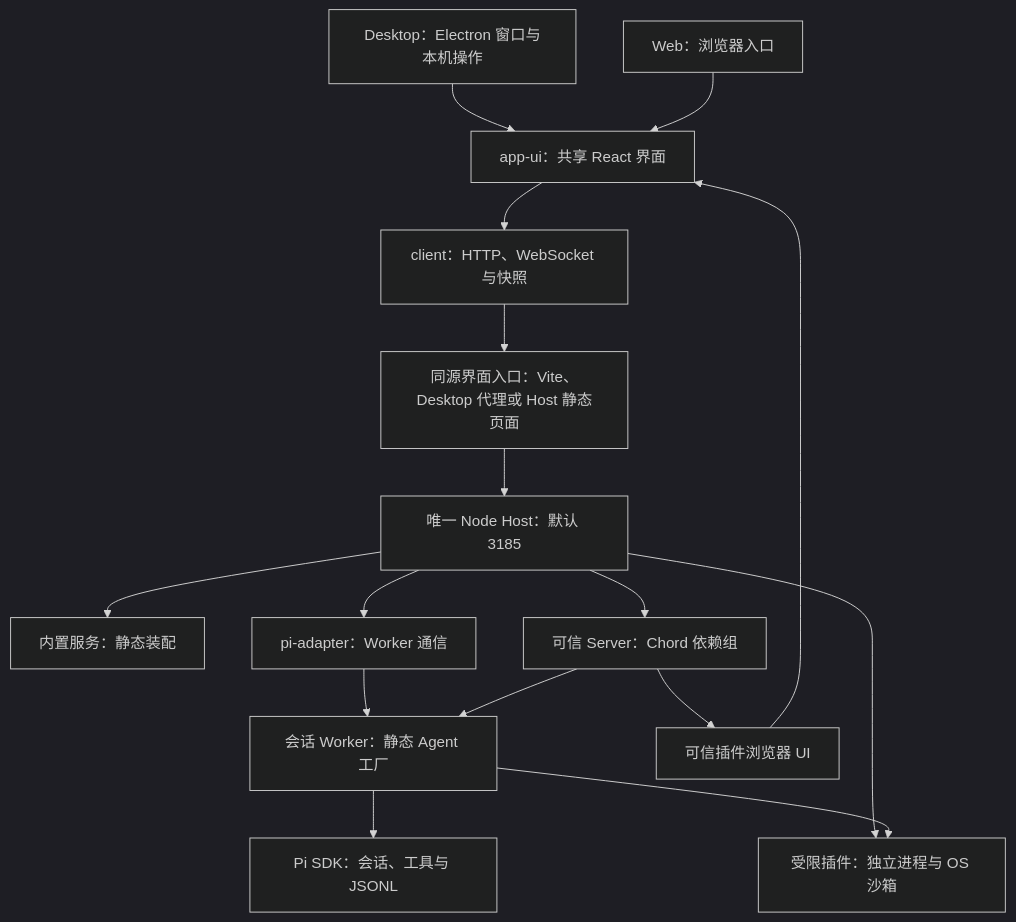
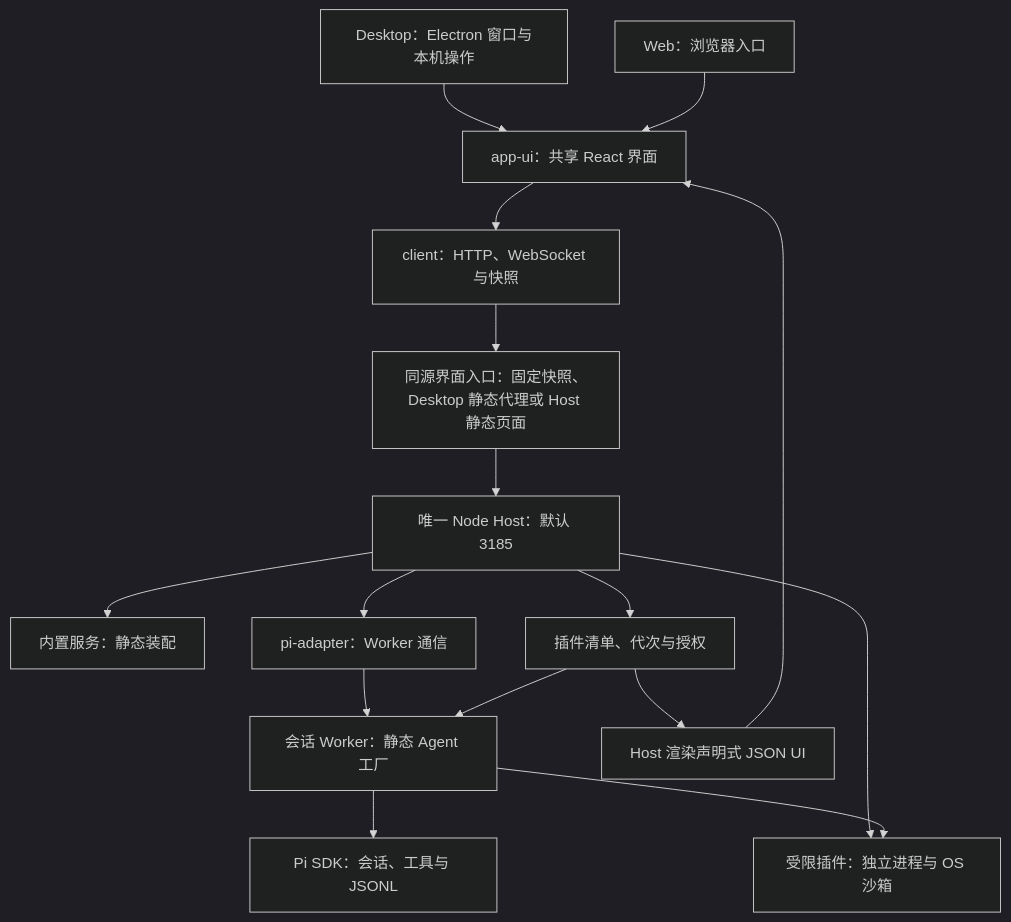
Before and after one commit to xidongdong-153/Pi-meme: the diagram in docs/architecture.md, drawn with Mermaid. The commit also changed other lines of this file and 169 other files, not shown here.

````diff
--- a/docs/architecture.md
+++ b/docs/architecture.md
@@ -34,19 +34,19 @@
 ```mermaid
 %%{init: {"theme": "dark"}}%%
 flowchart TD
   Desktop["Desktop：Electron 窗口与本机操作"] --> App["app-ui：共享 React 界面"]
   Web["Web：浏览器入口"] --> App
   App --> Client["client：HTTP、WebSocket 与快照"]
-  Client --> Entry["同源界面入口：Vite、Desktop 代理或 Host 静态页面"]
+  Client --> Entry["同源界面入口：固定快照、Desktop 静态代理或 Host 静态页面"]
   Entry --> Host["唯一 Node Host：默认 3185"]
   Host --> Builtins["内置服务：静态装配"]
-  Host --> Plugins["可信 Server：Chord 依赖组"]
+  Host --> Plugins["插件清单、代次与授权"]
   Host --> Runner["受限插件：独立进程与 OS 沙箱"]
   Host --> Adapter["pi-adapter：Worker 通信"]
   Adapter --> Worker["会话 Worker：静态 Agent 工厂"]
   Worker --> Pi["Pi SDK：会话、工具与 JSONL"]
   Plugins --> Worker
   Worker --> Runner
-  Plugins --> UiPlugins["可信插件浏览器 UI"]
+  Plugins --> UiPlugins["Host 渲染声明式 JSON UI"]
   UiPlugins --> App
 ```
````
